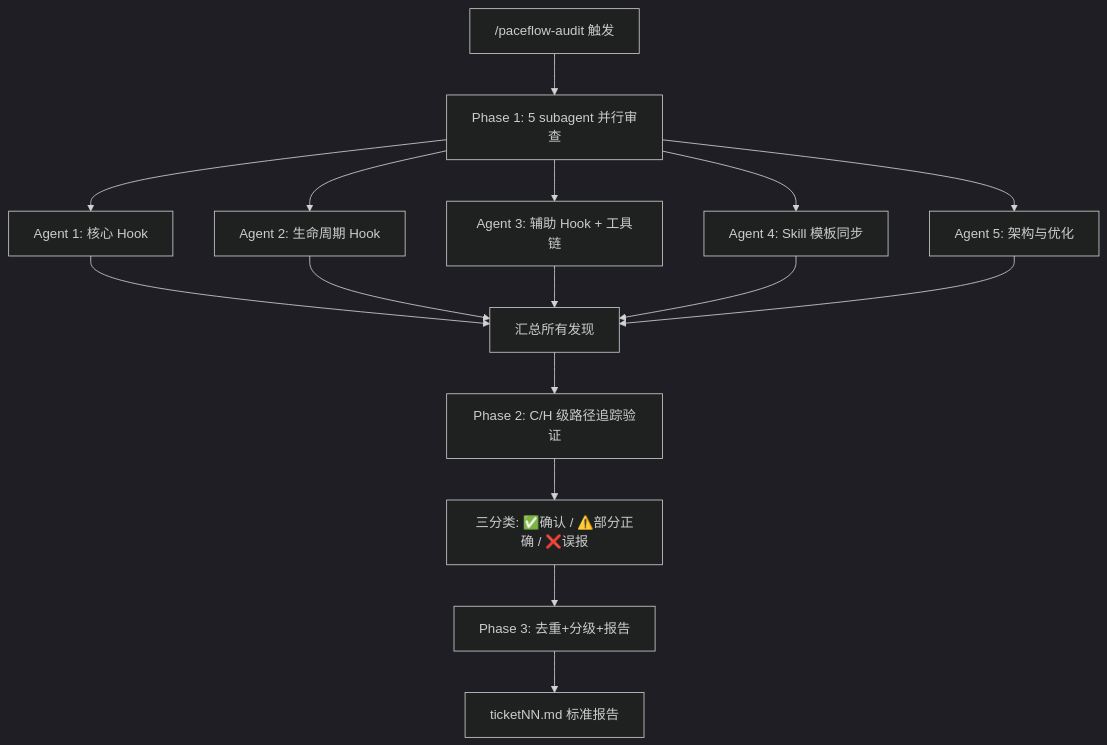
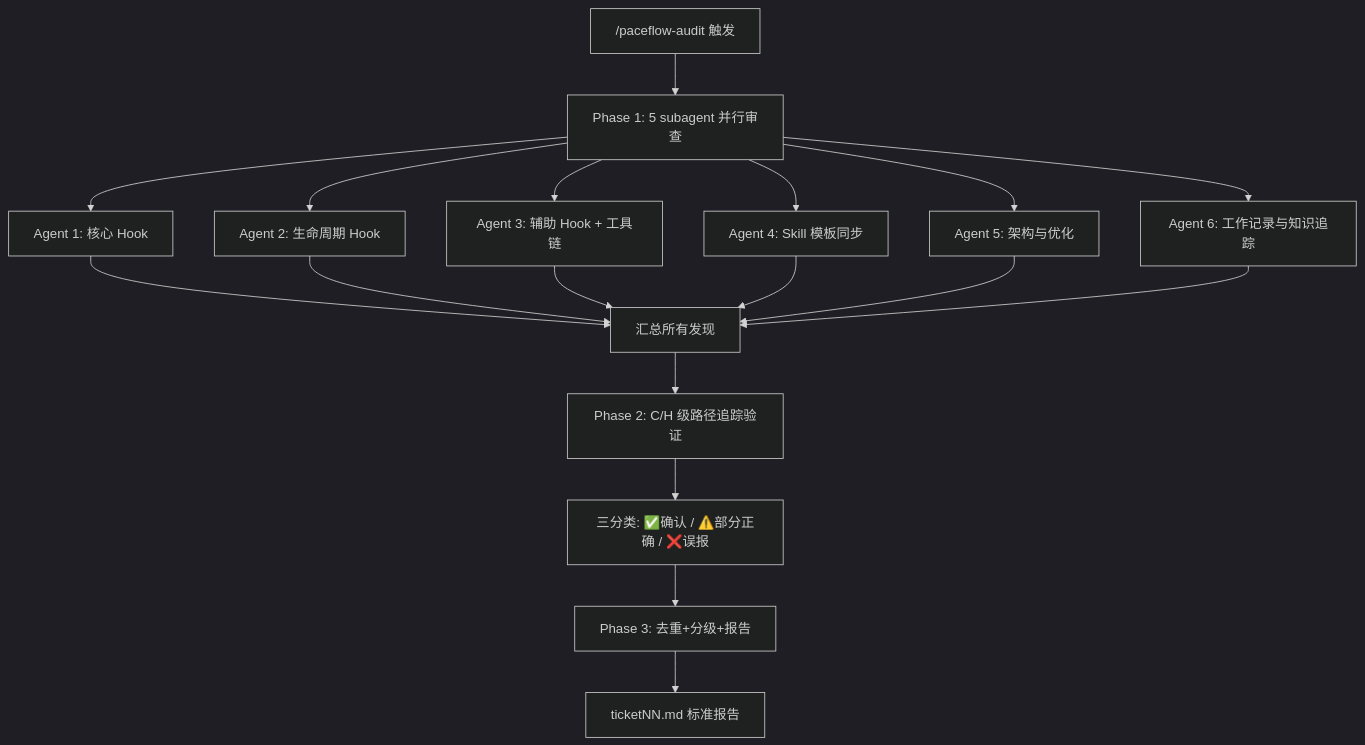
One commit to gdutboy/paceflow changed the diagram in skills/paceflow-audit/SKILL.md. Above: the diagram before and after it, drawn with Mermaid (dark theme). The commit also changed 17 other files, not shown here.

````diff
--- a/skills/paceflow-audit/SKILL.md
+++ b/skills/paceflow-audit/SKILL.md
@@ -100,14 +100,15 @@
 ```mermaid
 flowchart TD
     A["/paceflow-audit 触发"] --> B["Phase 1: 5 subagent 并行审查"]
     B --> C1["Agent 1: 核心 Hook"]
     B --> C2["Agent 2: 生命周期 Hook"]
     B --> C3["Agent 3: 辅助 Hook + 工具链"]
     B --> C4["Agent 4: Skill 模板同步"]
     B --> C5["Agent 5: 架构与优化"]
-    C1 & C2 & C3 & C4 & C5 --> D["汇总所有发现"]
+    B --> C6["Agent 6: 工作记录与知识追踪"]
+    C1 & C2 & C3 & C4 & C5 & C6 --> D["汇总所有发现"]
     D --> E["Phase 2: C/H 级路径追踪验证"]
     E --> F["三分类: ✅确认 / ⚠️部分正确 / ❌误报"]
     F --> G["Phase 3: 去重+分级+报告"]
     G --> H["ticketNN.md 标准报告"]
 ```
````
